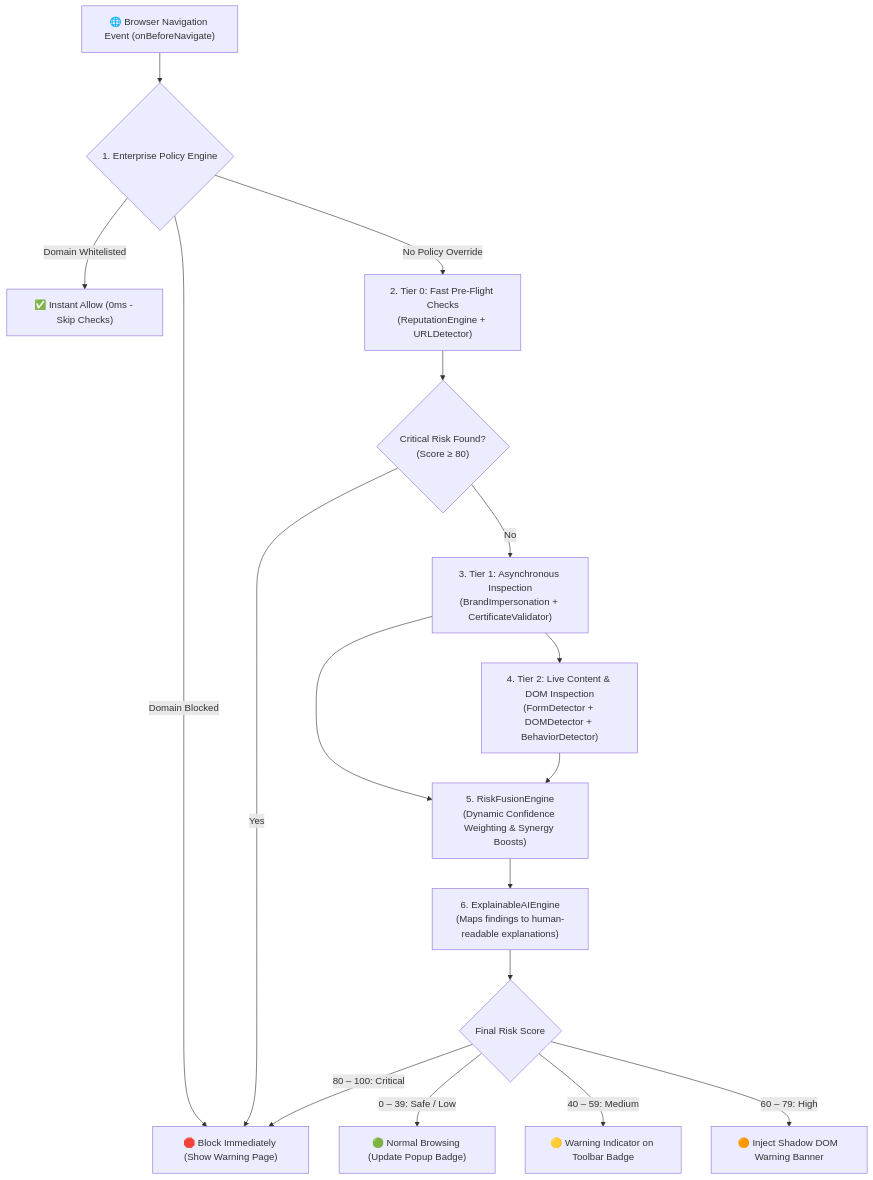
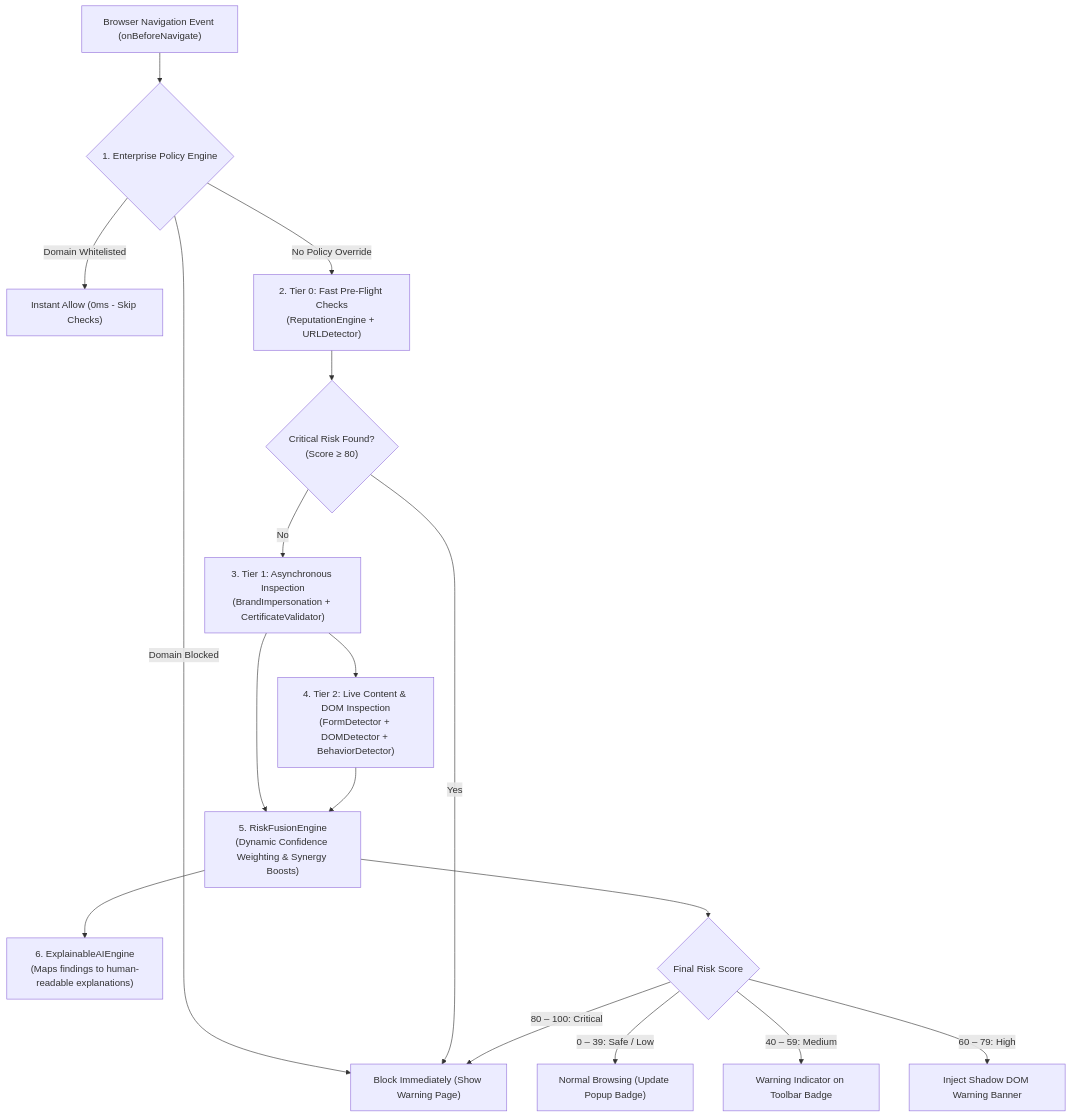
The diagram in README.md (JEFFERSON-007/IIPX-Intelligent-Internet-Phishing-Extension), drawn with Mermaid before and after one commit. The commit also changed other lines of this file, not shown here.

````diff
--- a/README.md
+++ b/README.md
@@ -42,26 +42,27 @@
 ```mermaid
 flowchart TD
-    Nav["🌐 Browser Navigation Event (onBeforeNavigate)"] --> EPE{"1. Enterprise Policy Engine"}
+    Nav["Browser Navigation Event (onBeforeNavigate)"] --> EPE{"1. Enterprise Policy Engine"}
     
-    EPE -->|Domain Whitelisted| Allow["✅ Instant Allow (0ms - Skip Checks)"]
-    EPE -->|Domain Blocked| Block["🛑 Block Immediately (Show Warning Page)"]
+    EPE -->|Domain Whitelisted| Allow["Instant Allow (0ms - Skip Checks)"]
+    EPE -->|Domain Blocked| Block["Block Immediately (Show Warning Page)"]
     
     EPE -->|No Policy Override| Tier0["2. Tier 0: Fast Pre-Flight Checks\n(ReputationEngine + URLDetector)"]
     
     Tier0 --> CriticalCheck{"Critical Risk Found?\n(Score ≥ 80)"}
     CriticalCheck -->|Yes| Block
     
     CriticalCheck -->|No| Tier1["3. Tier 1: Asynchronous Inspection\n(BrandImpersonation + CertificateValidator)"]
     Tier1 --> Tier2["4. Tier 2: Live Content & DOM Inspection\n(FormDetector + DOMDetector + BehaviorDetector)"]
     
     Tier1 --> Fusion["5. RiskFusionEngine\n(Dynamic Confidence Weighting & Synergy Boosts)"]
     Tier2 --> Fusion
     
     Fusion --> XAI["6. ExplainableAIEngine\n(Maps findings to human-readable explanations)"]
     
-    XAI --> Action{"Final Risk Score"}
-    Action -->|0 – 39: Safe / Low| SafeBrowsing["🟢 Normal Browsing (Update Popup Badge)"]
-    Action -->|40 – 59: Medium| PassiveBadge["🟡 Warning Indicator on Toolbar Badge"]
-    Action -->|60 – 79: High| Overlay["🟠 Inject Shadow DOM Warning Banner"]
+    Action{"Final Risk Score"}
+    Fusion --> Action
+    Action -->|0 – 39: Safe / Low| SafeBrowsing["Normal Browsing (Update Popup Badge)"]
+    Action -->|40 – 59: Medium| PassiveBadge["Warning Indicator on Toolbar Badge"]
+    Action -->|60 – 79: High| Overlay["Inject Shadow DOM Warning Banner"]
     Action -->|80 – 100: Critical| Block
 ```
````
